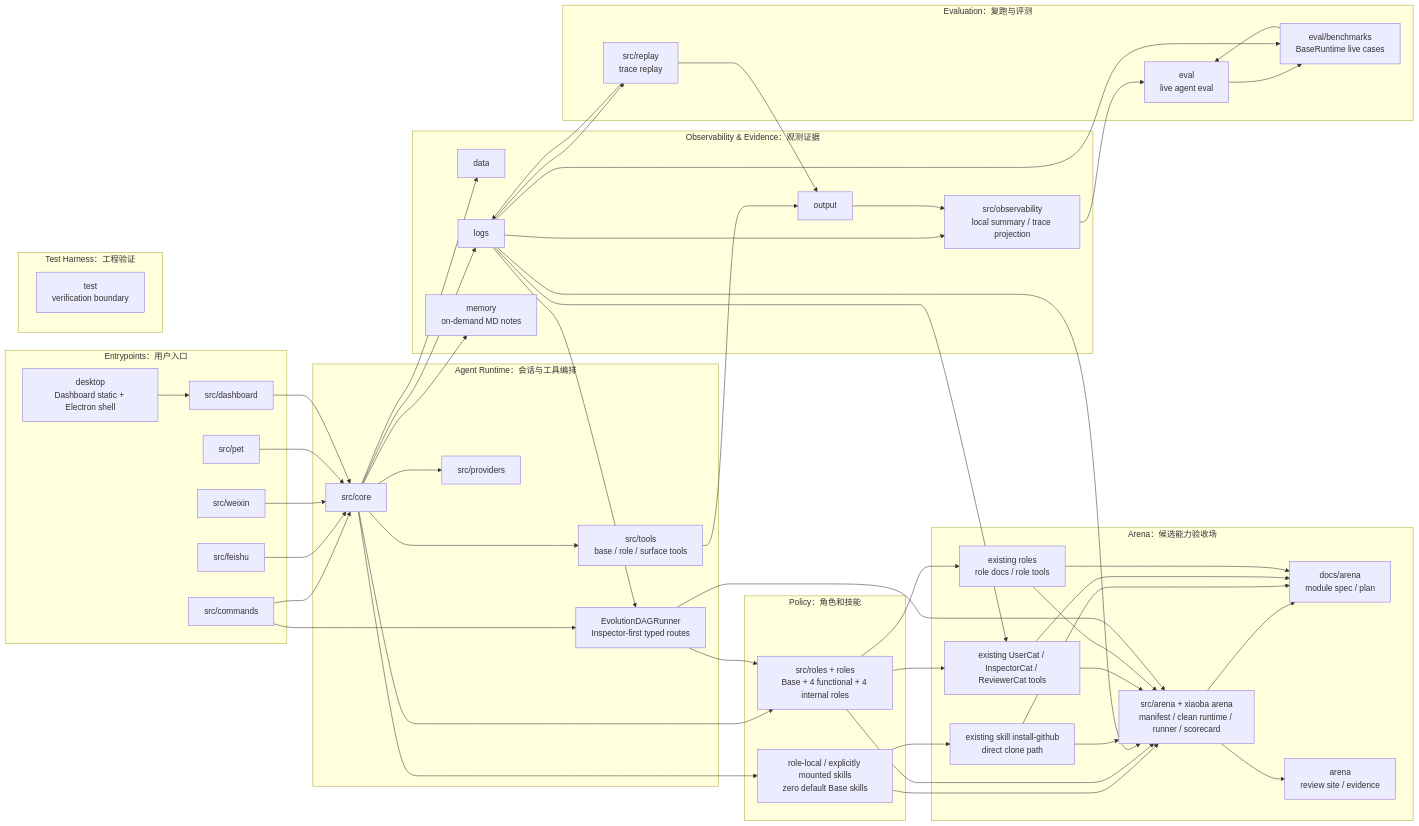
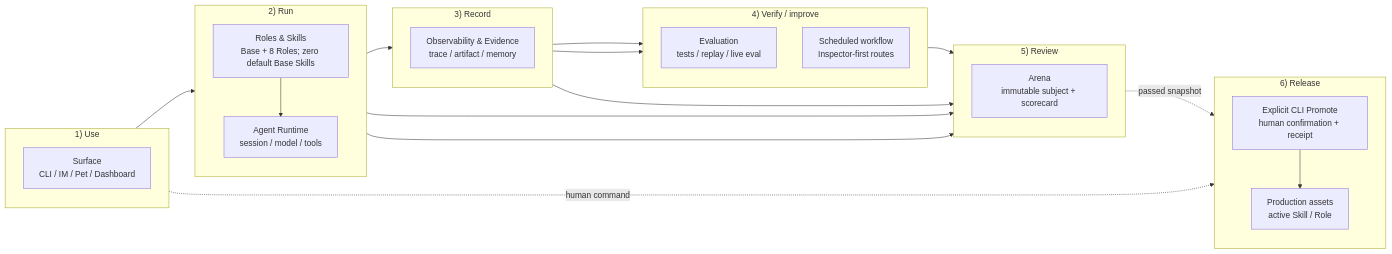
Before and after one commit to fightheyyy/XiaoBa-CLI: the first of 3 diagrams in docs/SPEC.md, drawn with Mermaid. The commit also changed other lines of this file and 39 other files, not shown here.

````diff
--- a/docs/SPEC.md
+++ b/docs/SPEC.md
@@ -62,95 +62,43 @@
 ```mermaid
 flowchart LR
-    subgraph Entrypoints["Entrypoints：用户入口"]
-        Commands["src/commands"]
-        Feishu["src/feishu"]
-        Weixin["src/weixin"]
-        Pet["src/pet"]
-        Dashboard["src/dashboard"]
-        Desktop["desktop<br/>Dashboard static + Electron shell"]
+    subgraph Use["1) Use"]
+        direction TB
+        Surface["Surface<br/>CLI / IM / Pet / Dashboard"]
+    end
+    subgraph Run["2) Run"]
+        direction TB
+        Runtime["Agent Runtime<br/>session / model / tools"]
+        Policy["Roles & Skills<br/>Base + 8 Roles; zero default Base Skills"]
+    end
+    subgraph Facts["3) Record"]
+        direction TB
+        Evidence["Observability & Evidence<br/>trace / artifact / memory"]
+    end
+    subgraph Learn["4) Verify / improve"]
+        direction TB
+        Evaluation["Evaluation<br/>tests / replay / live eval"]
+        Improve["Scheduled workflow<br/>Inspector-first routes"]
+    end
+    subgraph Review["5) Review"]
+        direction TB
+        Arena["Arena<br/>immutable subject + scorecard"]
+    end
+    subgraph Release["6) Release"]
+        direction TB
+        Promote["Explicit CLI Promote<br/>human confirmation + receipt"]
+        Production["Production assets<br/>active Skill / Role"]
+        Promote --> Production
     end
 
-    subgraph Harness["Agent Runtime：会话与工具编排"]
-        Core["src/core"]
-        Providers["src/providers"]
-        Tools["src/tools<br/>base / role / surface tools"]
-        EvolutionDAG["EvolutionDAGRunner<br/>Inspector-first typed routes"]
-    end
-
-    subgraph Policy["Policy：角色和技能"]
-        Skills["role-local / explicitly mounted skills<br/>zero default Base skills"]
-        Roles["src/roles + roles<br/>Base + 4 functional + 4 internal roles"]
-    end
-
-    subgraph Observe["Observability & Evidence：观测证据"]
-        Data["data"]
-        Logs["logs"]
-        Memory["memory<br/>on-demand MD notes"]
-        Output["output"]
-        Obs["src/observability<br/>local summary / trace projection"]
-    end
-
-    subgraph TestHarness["Test Harness：工程验证"]
-        Test["test<br/>verification boundary"]
-    end
-
-    subgraph Evaluation["Evaluation：复跑与评测"]
-        Replay["src/replay<br/>trace replay"]
-        Eval["eval<br/>live agent eval"]
-        EvalBench["eval/benchmarks<br/>BaseRuntime live cases"]
-    end
-
-    subgraph ArenaModule["Arena：候选能力验收场"]
-        ArenaDocs["docs/arena<br/>module spec / plan"]
-        ArenaSite["arena<br/>review site / evidence"]
-        ArenaCtl["src/arena + xiaoba arena<br/>manifest / clean runtime / runner / scorecard"]
-        ExistingSkillCmd["existing skill install-github<br/>direct clone path"]
-        ExistingArenaInputs["existing UserCat / InspectorCat / ReviewerCat tools"]
-        ExistingRoleInputs["existing roles<br/>role docs / role tools"]
-    end
-
-    Commands --> Core
-    Commands --> EvolutionDAG
-    Feishu --> Core
-    Weixin --> Core
-    Pet --> Core
-    Dashboard --> Core
-    Desktop --> Dashboard
-
-    Core --> Providers
-    Core --> Tools
-    Core --> Skills
-    Core --> Roles
-    Logs --> EvolutionDAG
-    EvolutionDAG --> Roles
-    Core --> Data
-    Core --> Logs
-    Core --> Memory
-    Tools --> Output
-    Logs --> Obs
-    Output --> Obs
-
-    Logs --> Replay
-    Replay --> Logs
-    Replay --> Output
-    Eval --> EvalBench
-    Logs --> EvalBench
-    EvalBench --> Eval
-    Obs --> Eval
-    Skills --> ExistingSkillCmd
-    Skills --> ArenaCtl
-    Roles --> ArenaCtl
-    Roles --> ExistingArenaInputs
-    Roles --> ExistingRoleInputs
-    Logs --> ExistingArenaInputs
-    Logs --> ArenaCtl
-    ExistingSkillCmd --> ArenaCtl
-    ExistingArenaInputs --> ArenaCtl
-    ExistingRoleInputs --> ArenaCtl
-    EvolutionDAG --> ArenaCtl
-    ArenaCtl --> ArenaSite
-    ArenaCtl --> ArenaDocs
-    ExistingSkillCmd --> ArenaDocs
-    ExistingArenaInputs --> ArenaDocs
-    ExistingRoleInputs --> ArenaDocs
+    Surface --> Runtime
+    Policy --> Runtime
+    Runtime --> Evidence
+    Evidence --> Evaluation
+    Evidence --> Improve
+    Runtime --> Arena
+    Policy --> Arena
+    Evidence --> Arena
+    Improve --> Arena
+    Arena -. "passed snapshot" .-> Promote
+    Surface -. "human command" .-> Promote
 ```
````
